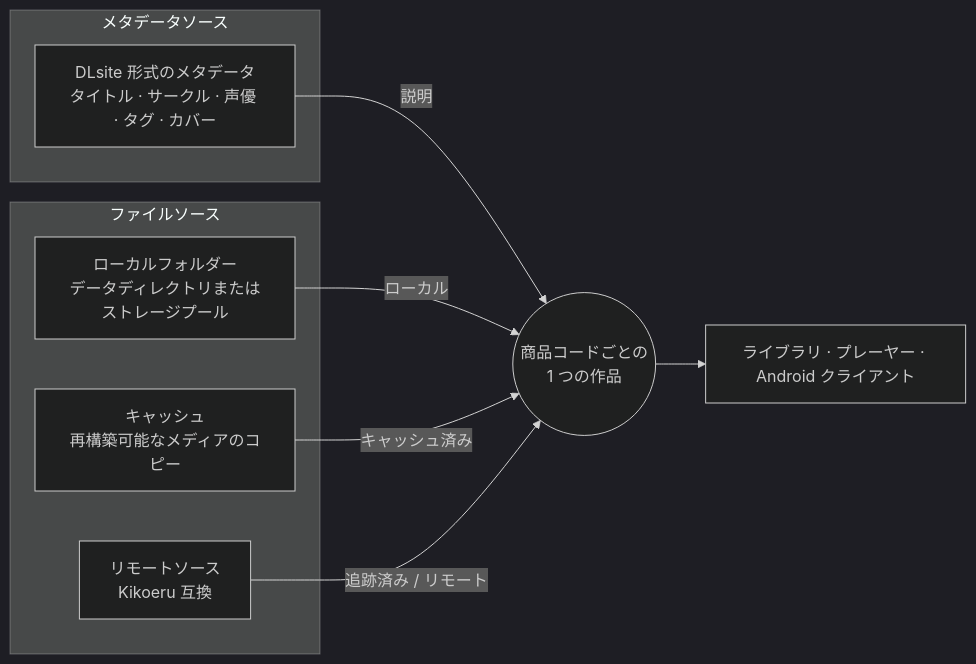
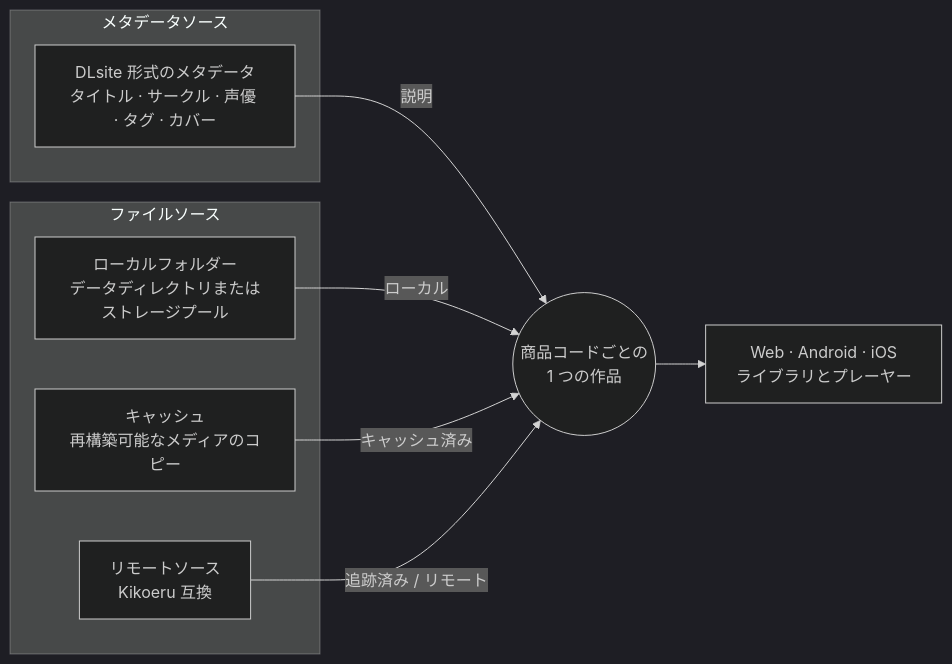
Before and after one commit to yexca/kikoto: the diagram in docs/readme/README.ja.md, drawn with Mermaid (dark theme). The commit also changed other lines of this file and 5 other files, not shown here.

````diff
--- a/docs/readme/README.ja.md
+++ b/docs/readme/README.ja.md
@@ -92,18 +116,18 @@
 ```mermaid
 flowchart LR
   subgraph Metadata["メタデータソース"]
     MD["DLsite 形式のメタデータ<br/>タイトル · サークル · 声優 · タグ · カバー"]
   end
 
   subgraph Files["ファイルソース"]
     LF["ローカルフォルダー<br/>データディレクトリまたはストレージプール"]
     CA["キャッシュ<br/>再構築可能なメディアのコピー"]
     RS["リモートソース<br/>Kikoeru 互換"]
   end
 
   MD -- 説明 --> W(("商品コードごとの<br/>1 つの作品"))
   LF -- ローカル --> W
   CA -- キャッシュ済み --> W
   RS -- "追跡済み / リモート" --> W
-  W --> UI["ライブラリ · プレーヤー · Android クライアント"]
+  W --> UI["Web · Android · iOS<br/>ライブラリとプレーヤー"]
 ```
````
